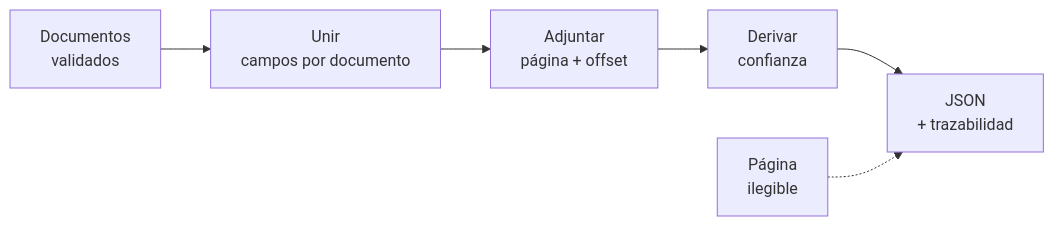
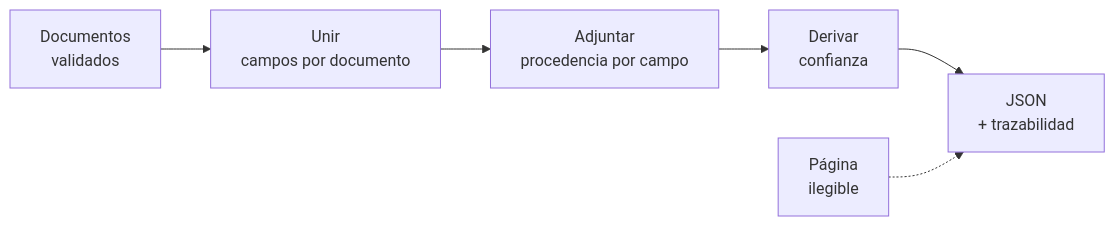
The ninth of 15 diagrams in readme-min.md (mariogarcia-ar/docflow), drawn with Mermaid before and after one commit. The commit also changed other lines of this file, not shown here.

Commit message:
Refactor README.md to enhance clarity and detail in document extraction components, including flow adjustments and expanded descriptions for Segmentador, Identificador, Diagnóstico, Reconstructor, Validador, Consistencia, Catálogo, Contrato, and Revisor.

````diff
--- a/readme-min.md
+++ b/readme-min.md
@@ -182,8 +259,8 @@
 ```mermaid
 graph LR
     A["Documentos<br/>validados"] --> B["Unir<br/>campos por documento"]
-    B --> C["Adjuntar<br/>página + offset"]
+    B --> C["Adjuntar<br/>procedencia por campo"]
     C --> D["Derivar<br/>confianza"]
     D --> E["JSON<br/>+ trazabilidad"]
     F["Página<br/>ilegible"] -.-> E
 ```
````
